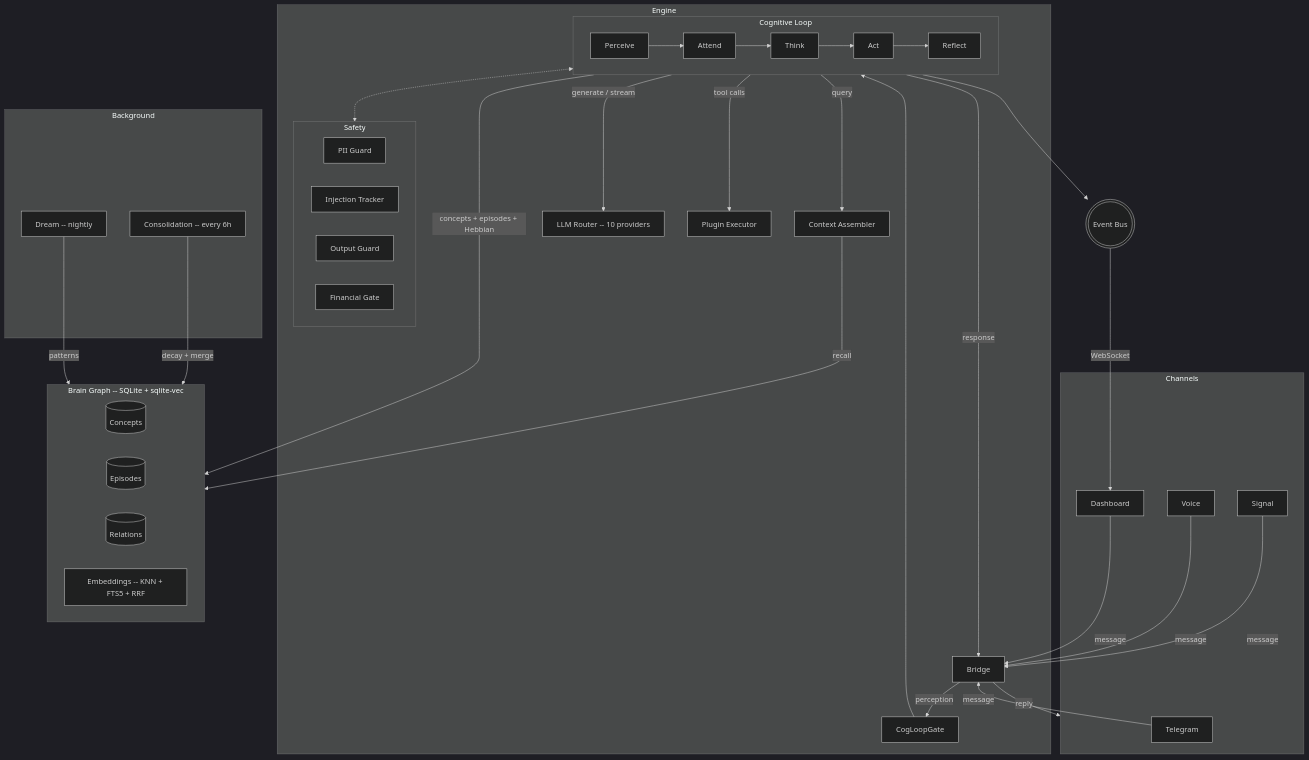
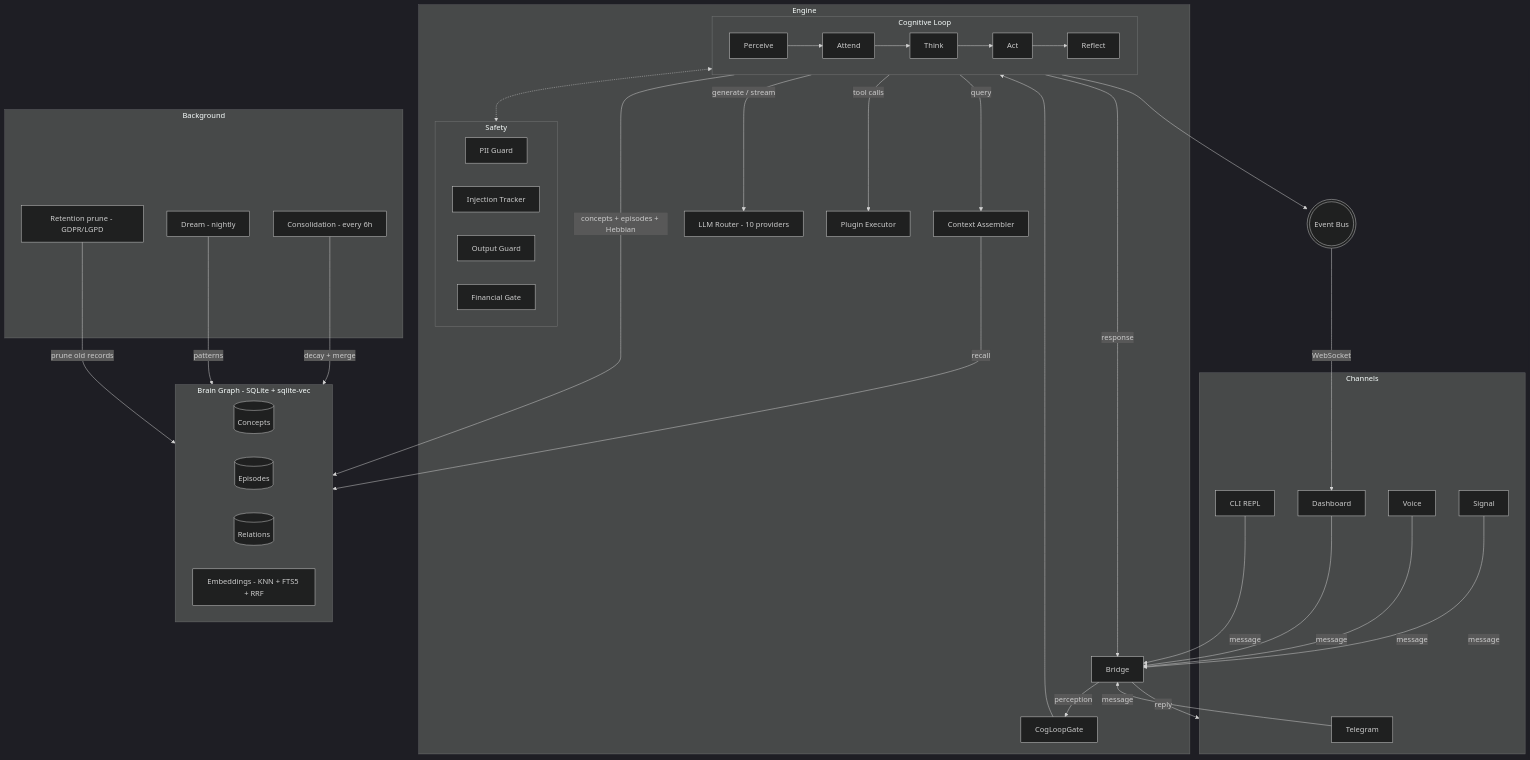
One commit to sovyx-ai/sovyx changed the diagram in README.md. Above: the diagram before and after it, drawn with Mermaid (dark theme). The commit also changed other lines of this file, not shown here.

````diff
--- a/README.md
+++ b/README.md
@@ -55,64 +59,67 @@
 ```mermaid
 flowchart TB
     subgraph Channels
         TG[Telegram]
         SG[Signal]
         VX[Voice]
         WEB[Dashboard]
+        CLI[CLI REPL]
     end
 
     subgraph Engine
         BR[Bridge]
         GATE[CogLoopGate]
 
         subgraph CognitiveLoop["Cognitive Loop"]
             direction LR
             P[Perceive] --> AT[Attend] --> TH[Think] --> ACT[Act] --> RF[Reflect]
         end
 
         subgraph Safety
             PII[PII Guard]
             INJ[Injection Tracker]
             OUT[Output Guard]
             FIN[Financial Gate]
         end
 
         CTX[Context Assembler]
-        LLM[LLM Router -- 10 providers]
+        LLM[LLM Router - 10 providers]
         PLG[Plugin Executor]
     end
 
-    subgraph Brain["Brain Graph -- SQLite + sqlite-vec"]
+    subgraph Brain["Brain Graph - SQLite + sqlite-vec"]
         CON[(Concepts)]
         EPI[(Episodes)]
         REL[(Relations)]
-        EMB[Embeddings -- KNN + FTS5 + RRF]
+        EMB[Embeddings - KNN + FTS5 + RRF]
     end
 
     subgraph Background
-        CONS[Consolidation -- every 6h]
-        DREAM[Dream -- nightly]
+        CONS[Consolidation - every 6h]
+        DREAM[Dream - nightly]
+        RET[Retention prune - GDPR/LGPD]
     end
 
     EB(((Event Bus)))
 
-    TG & SG & VX & WEB -->|message| BR
+    TG & SG & VX & WEB & CLI -->|message| BR
     BR -->|perception| GATE
     GATE --> CognitiveLoop
 
     AT <-.-> Safety
     TH -->|query| CTX
     CTX -->|recall| Brain
     TH -->|generate / stream| LLM
     ACT -->|tool calls| PLG
     RF -->|"concepts + episodes + Hebbian"| Brain
 
     CONS -->|decay + merge| Brain
     DREAM -->|patterns| Brain
+    RET -->|prune old records| Brain
 
     CognitiveLoop -->|response| BR
     BR -->|reply| Channels
 
     CognitiveLoop --> EB
     EB -->|WebSocket| WEB
 ```
````
